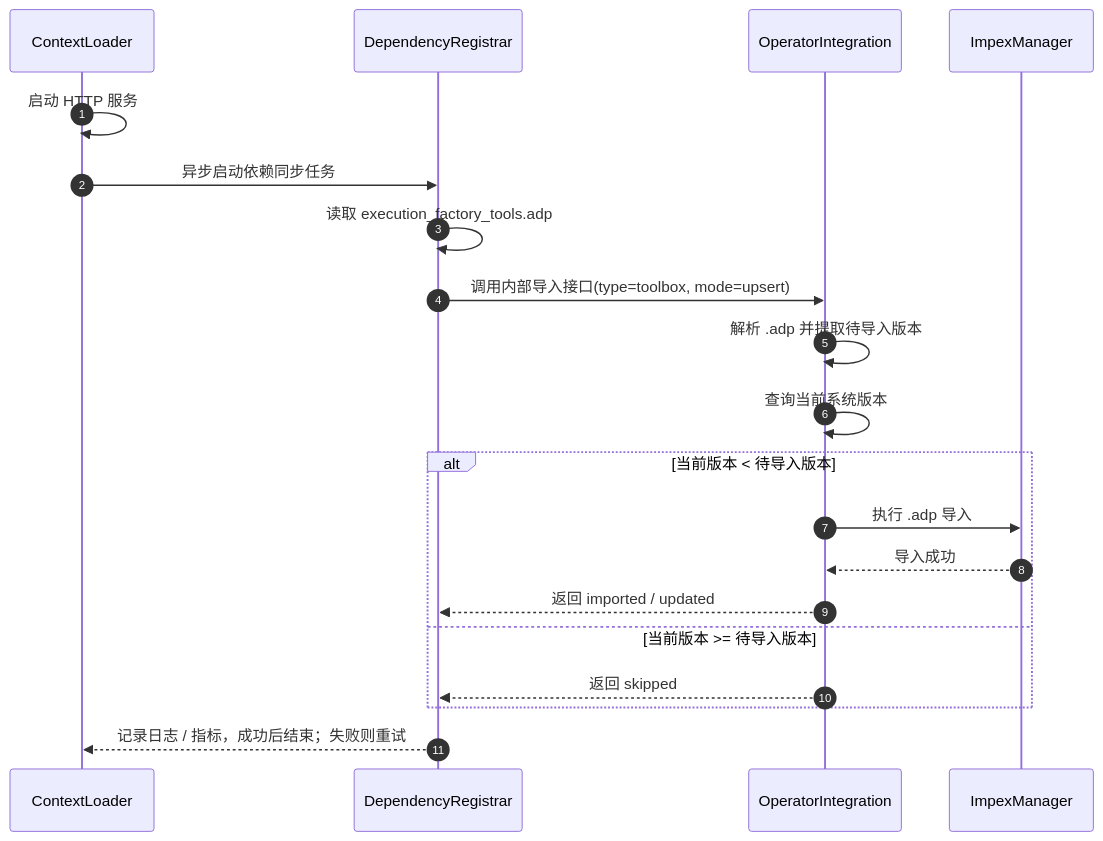
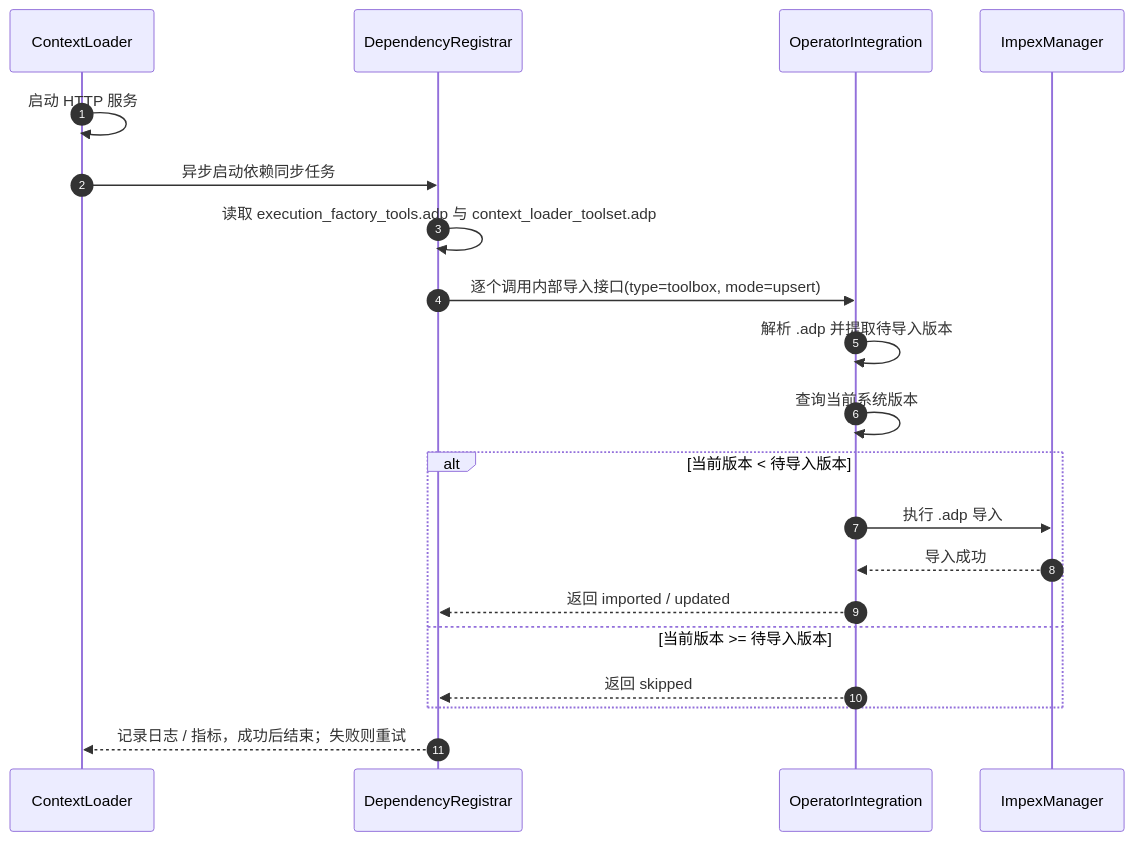
The diagram in adp/context-loader/agent-retrieval/docs/design/issue-243-contextloader-tool-deps-auto-import-design.md (kweaver-ai/kweaver-core), drawn with Mermaid before and after one commit. The commit also changed other lines of this file and 25 other files, not shown here.

Commit message:
feat(context-loader): 支持启动时自动同步工具依赖包

````diff
--- a/adp/context-loader/agent-retrieval/docs/design/issue-243-contextloader-tool-deps-auto-import-design.md
+++ b/adp/context-loader/agent-retrieval/docs/design/issue-243-contextloader-tool-deps-auto-import-design.md
@@ -123,23 +123,23 @@
 ```mermaid
 sequenceDiagram
     autonumber
     participant CL as ContextLoader
     participant REG as DependencyRegistrar
     participant EF as OperatorIntegration
     participant IMPEX as ImpexManager
 
     CL->>CL: 启动 HTTP 服务
     CL->>REG: 异步启动依赖同步任务
-    REG->>REG: 读取 execution_factory_tools.adp
-    REG->>EF: 调用内部导入接口(type=toolbox, mode=upsert)
+    REG->>REG: 读取 execution_factory_tools.adp 与 context_loader_toolset.adp
+    REG->>EF: 逐个调用内部导入接口(type=toolbox, mode=upsert)
     EF->>EF: 解析 .adp 并提取待导入版本
     EF->>EF: 查询当前系统版本
     alt 当前版本 < 待导入版本
         EF->>IMPEX: 执行 .adp 导入
         IMPEX-->>EF: 导入成功
         EF-->>REG: 返回 imported / updated
     else 当前版本 >= 待导入版本
         EF-->>REG: 返回 skipped
     end
     REG-->>CL: 记录日志 / 指标，成功后结束；失败则重试
 ```
````
